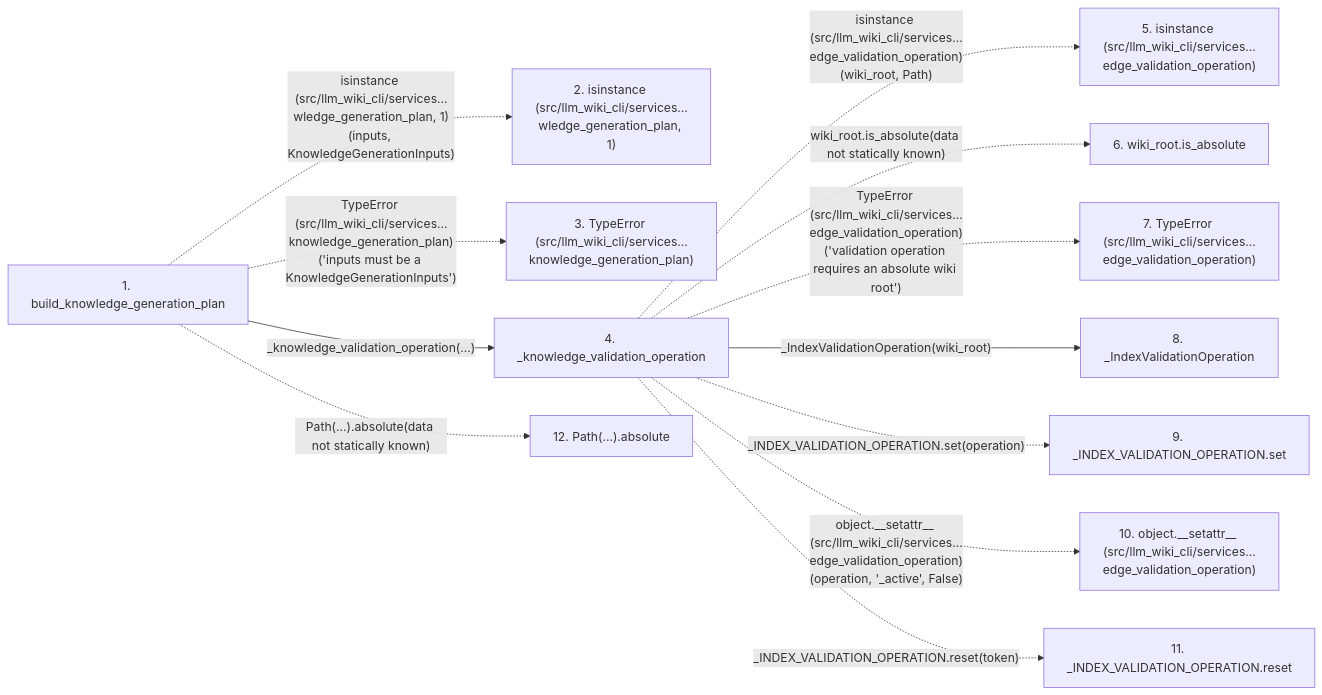
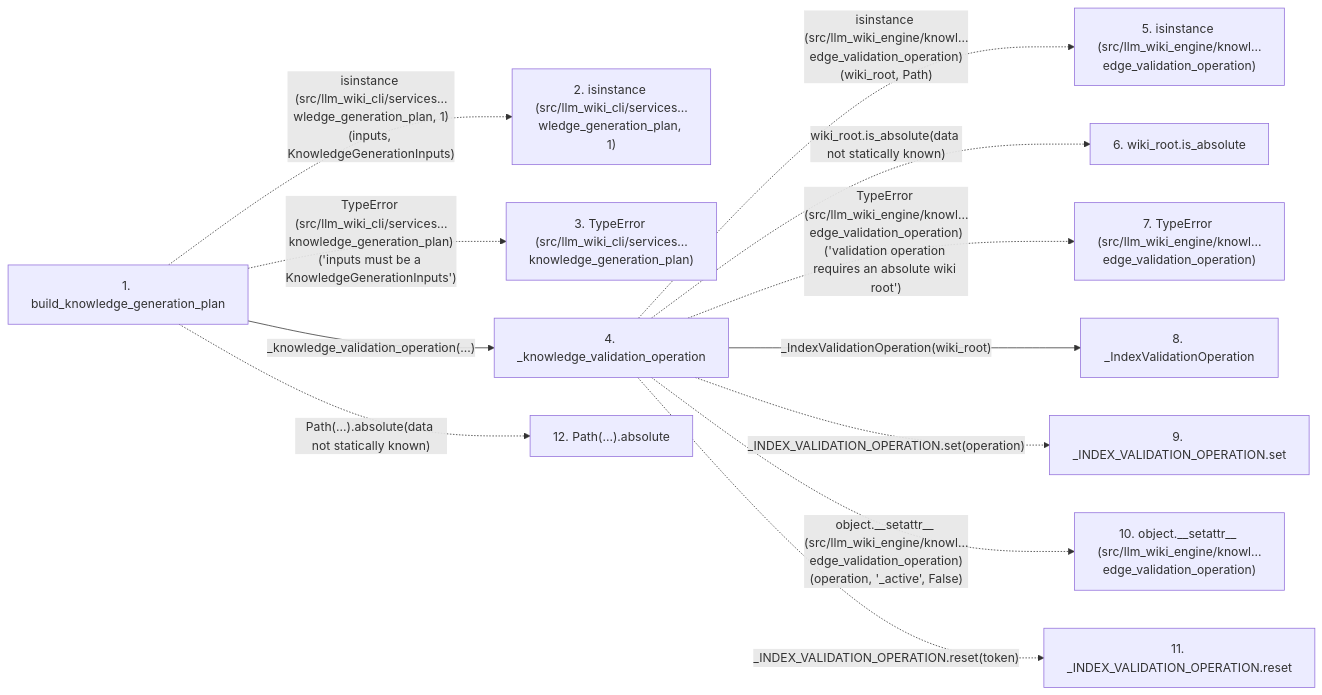
One commit to Denissvgn/python-wiki-llm changed the second of 2 diagrams in docs/llm_wiki/flows/api-build_knowledge_generation_plan.md. Above: the diagram before and after it, drawn with Mermaid. The commit also changed other lines of this file and 1058 other files, not shown here.

````diff
--- a/docs/llm_wiki/flows/api-build_knowledge_generation_plan.md
+++ b/docs/llm_wiki/flows/api-build_knowledge_generation_plan.md
@@ -174,29 +175,29 @@
 ```mermaid
 flowchart LR
     s1["1. build_knowledge_generation_plan"]
     s2["2. isinstance (src/llm_wiki_cli/services…wledge_generation_plan, 1)"]
     s3["3. TypeError (src/llm_wiki_cli/services…knowledge_generation_plan)"]
     s4["4. _knowledge_validation_operation"]
-    s5["5. isinstance (src/llm_wiki_cli/services…edge_validation_operation)"]
+    s5["5. isinstance (src/llm_wiki_engine/knowl…edge_validation_operation)"]
     s6["6. wiki_root.is_absolute"]
-    s7["7. TypeError (src/llm_wiki_cli/services…edge_validation_operation)"]
+    s7["7. TypeError (src/llm_wiki_engine/knowl…edge_validation_operation)"]
     s8["8. _IndexValidationOperation"]
     s9["9. _INDEX_VALIDATION_OPERATION.set"]
-    s10["10. object.__setattr__ (src/llm_wiki_cli/services…edge_validation_operation)"]
+    s10["10. object.__setattr__ (src/llm_wiki_engine/knowl…edge_validation_operation)"]
     s11["11. _INDEX_VALIDATION_OPERATION.reset"]
     s12["12. Path(…).absolute"]
     s1 -. "isinstance (src/llm_wiki_cli/services…wledge_generation_plan, 1)(inputs, KnowledgeGenerationInputs)" .-> s2
     s1 -. "TypeError (src/llm_wiki_cli/services…knowledge_generation_plan)('inputs must be a KnowledgeGenerationInputs')" .-> s3
     s1 -->|"_knowledge_validation_operation(...)"| s4
-    s4 -. "isinstance (src/llm_wiki_cli/services…edge_validation_operation)(wiki_root, Path)" .-> s5
+    s4 -. "isinstance (src/llm_wiki_engine/knowl…edge_validation_operation)(wiki_root, Path)" .-> s5
     s4 -. "wiki_root.is_absolute(data not statically known)" .-> s6
-    s4 -. "TypeError (src/llm_wiki_cli/services…edge_validation_operation)('validation operation requires an absolute wiki root')" .-> s7
+    s4 -. "TypeError (src/llm_wiki_engine/knowl…edge_validation_operation)('validation operation requires an absolute wiki root')" .-> s7
     s4 -->|"_IndexValidationOperation(wiki_root)"| s8
     s4 -. "_INDEX_VALIDATION_OPERATION.set(operation)" .-> s9
-    s4 -. "object.__setattr__ (src/llm_wiki_cli/services…edge_validation_operation)(operation, '_active', False)" .-> s10
+    s4 -. "object.__setattr__ (src/llm_wiki_engine/knowl…edge_validation_operation)(operation, '_active', False)" .-> s10
     s4 -. "_INDEX_VALIDATION_OPERATION.reset(token)" .-> s11
     s1 -. "Path(…).absolute(data not statically known)" .-> s12
     click s1 "../modules/knowledge_generation.md"
     click s4 "../modules/knowledge_index.md"
     click s8 "../modules/knowledge_index.md"
 ```
````
